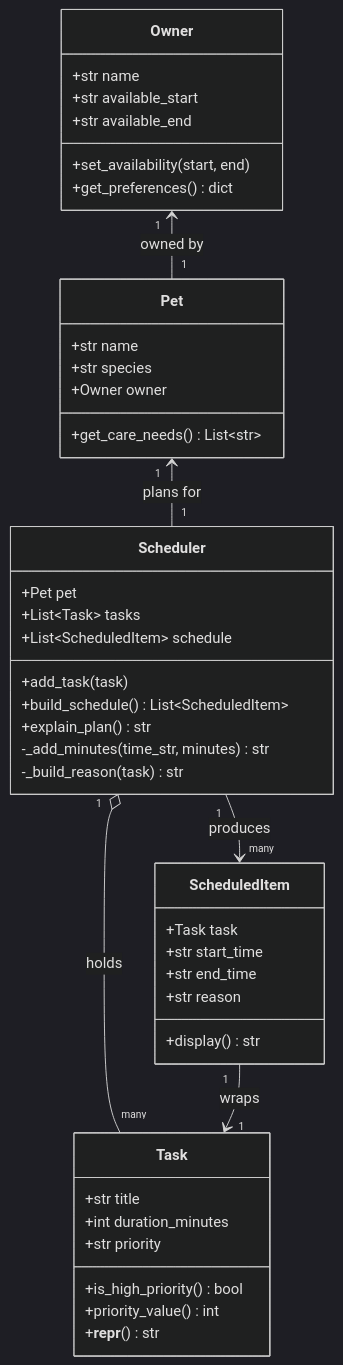
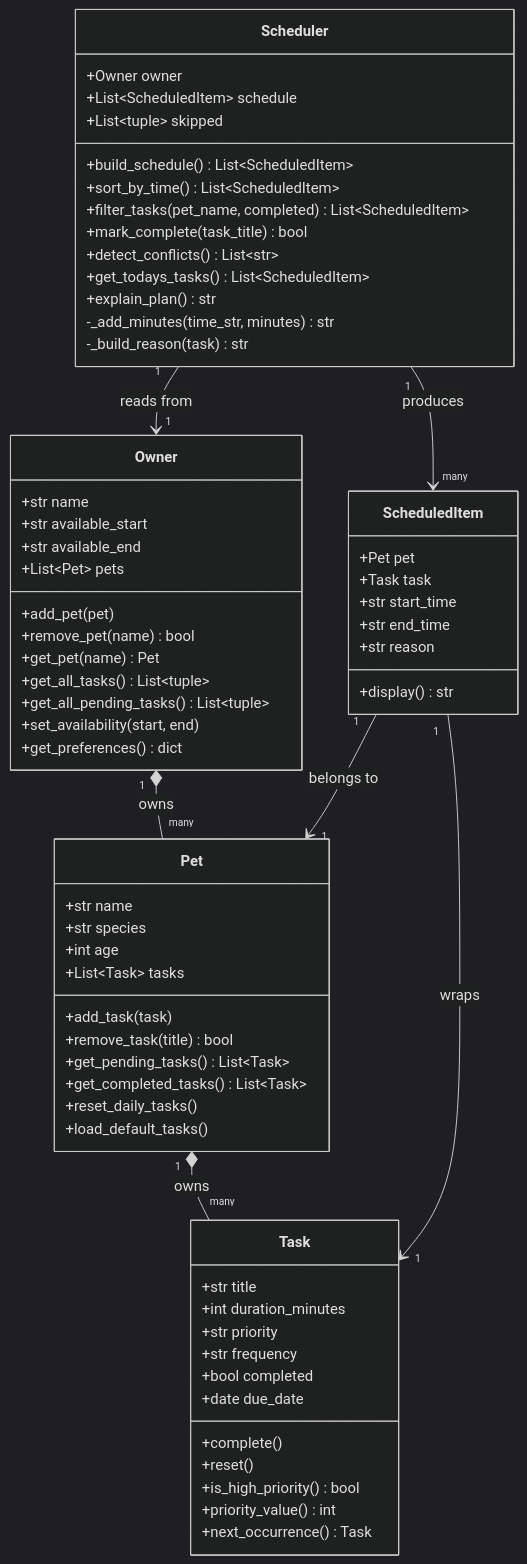
One commit to codepath/ai110-module2show-pawpal-starter changed the diagram in reflection.md. Above: the diagram before and after it, drawn with Mermaid (dark theme). The commit also changed other lines of this file and 3 other files, not shown here.

````diff
--- a/reflection.md
+++ b/reflection.md
@@ -38,51 +38,74 @@
 ```mermaid
 classDiagram
     class Owner {
         +str name
         +str available_start
         +str available_end
+        +List~Pet~ pets
+        +add_pet(pet)
+        +remove_pet(name) bool
+        +get_pet(name) Pet
+        +get_all_tasks() List~tuple~
+        +get_all_pending_tasks() List~tuple~
         +set_availability(start, end)
         +get_preferences() dict
     }
 
     class Pet {
         +str name
         +str species
-        +Owner owner
-        +get_care_needs() List~str~
+        +int age
+        +List~Task~ tasks
+        +add_task(task)
+        +remove_task(title) bool
+        +get_pending_tasks() List~Task~
+        +get_completed_tasks() List~Task~
+        +reset_daily_tasks()
+        +load_default_tasks()
     }
 
     class Task {
         +str title
         +int duration_minutes
         +str priority
+        +str frequency
+        +bool completed
+        +date due_date
+        +complete()
+        +reset()
         +is_high_priority() bool
         +priority_value() int
-        +__repr__() str
+        +next_occurrence() Task
     }
 
     class ScheduledItem {
+        +Pet pet
         +Task task
         +str start_time
         +str end_time
         +str reason
         +display() str
     }
 
     class Scheduler {
-        +Pet pet
-        +List~Task~ tasks
+        +Owner owner
         +List~ScheduledItem~ schedule
-        +add_task(task)
+        +List~tuple~ skipped
         +build_schedule() List~ScheduledItem~
+        +sort_by_time() List~ScheduledItem~
+        +filter_tasks(pet_name, completed) List~ScheduledItem~
+        +mark_complete(task_title) bool
+        +detect_conflicts() List~str~
+        +get_todays_tasks() List~ScheduledItem~
         +explain_plan() str
         -_add_minutes(time_str, minutes) str
         -_build_reason(task) str
     }
 
-    Owner "1" <-- "1" Pet : owned by
-    Pet "1" <-- "1" Scheduler : plans for
-    Scheduler "1" o-- "many" Task : holds
+    Owner "1" *-- "many" Pet : owns
+    Pet "1" *-- "many" Task : owns
+    Scheduler "1" --> "1" Owner : reads from
     Scheduler "1" --> "many" ScheduledItem : produces
     ScheduledItem "1" --> "1" Task : wraps
+    ScheduledItem "1" --> "1" Pet : belongs to
 ```
````
